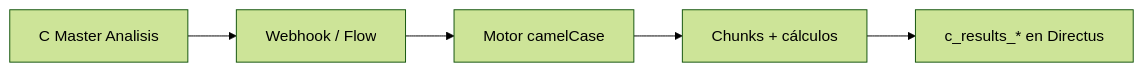
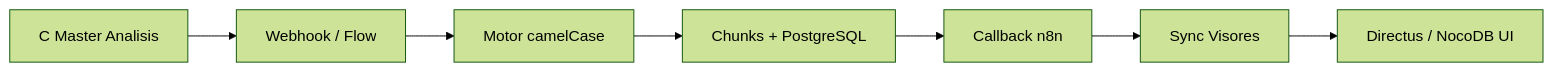
Before and after one commit to jgutierrez-kubic/collaps-docs: the diagram in guias-practicas/directus-end-to-end.md, drawn with Mermaid (forest theme). The commit also changed other lines of this file and 12 other files, not shown here.

Commit message:
docs: actualizacion integral de arquitectura (Separation of Concerns, Motor sin CMS, n8n Sync y Manual NocoDB)

````diff
--- a/guias-practicas/directus-end-to-end.md
+++ b/guias-practicas/directus-end-to-end.md
@@ -15,7 +15,9 @@
 ```mermaid
 flowchart LR
   A[C Master Analisis] --> B[Webhook / Flow]
   B --> C[Motor camelCase]
-  C --> D[Chunks + cálculos]
-  D --> E[c_results_* en Directus]
+  C --> D[Chunks + PostgreSQL]
+  D --> E[Callback n8n]
+  E --> F[Sync Visores]
+  F --> G[Directus / NocoDB UI]
 ```
````
